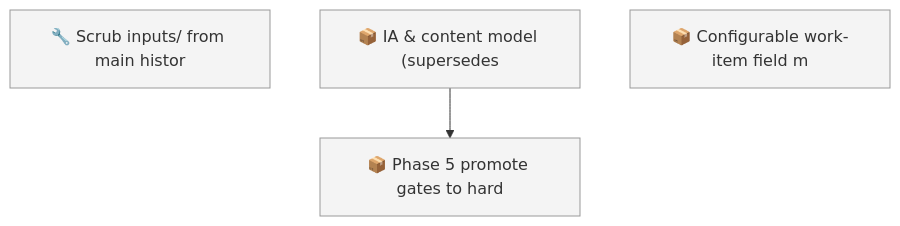
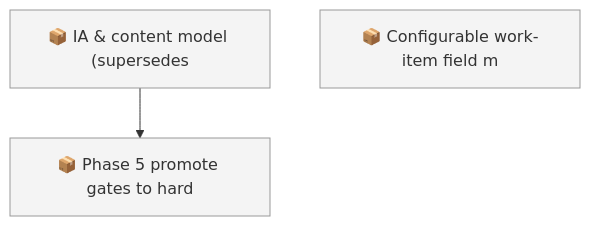
Before and after one commit to SpillwaveSolutions/wiki_ticket_sdd: the first of 2 diagrams in docs/roadmap.md, drawn with Mermaid. The commit also changed other lines of this file and 1 other file, not shown here.

First line of the commit message:
chore: close inputs/ history-scrub item

````diff
--- a/docs/roadmap.md
+++ b/docs/roadmap.md
@@ -53,10 +49,9 @@
 ```mermaid
 graph TD
-    01KY2KHHF43KAZ54F57BQW71TD["🔧 Scrub inputs/ from main histor"]
     01KY5G9ZW0H2YMNWDFJYGRPYE5["📦 IA & content model (supersedes"]
     01KY5G9ZW0RABXWHEMEP1FAV2G["📦 Phase 5 promote gates to hard"]
     01KY5NE0ZYGBWG44N0KPEBFCZ8["📦 Configurable work-item field m"]
     01KY5G9ZW0H2YMNWDFJYGRPYE5 --> 01KY5G9ZW0RABXWHEMEP1FAV2G
     classDef todo fill:#f4f4f4,stroke:#999999
-    class 01KY2KHHF43KAZ54F57BQW71TD,01KY5G9ZW0H2YMNWDFJYGRPYE5,01KY5G9ZW0RABXWHEMEP1FAV2G,01KY5NE0ZYGBWG44N0KPEBFCZ8 todo
+    class 01KY5G9ZW0H2YMNWDFJYGRPYE5,01KY5G9ZW0RABXWHEMEP1FAV2G,01KY5NE0ZYGBWG44N0KPEBFCZ8 todo
 ```
````
